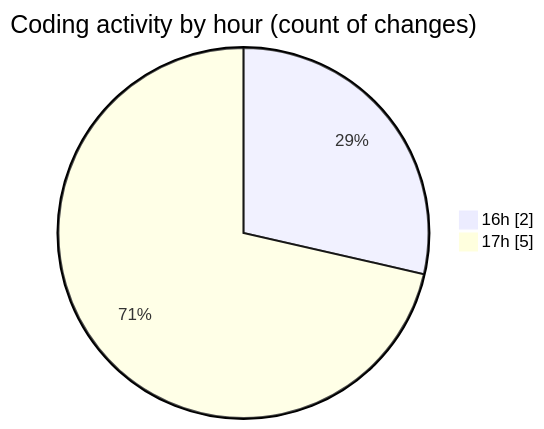
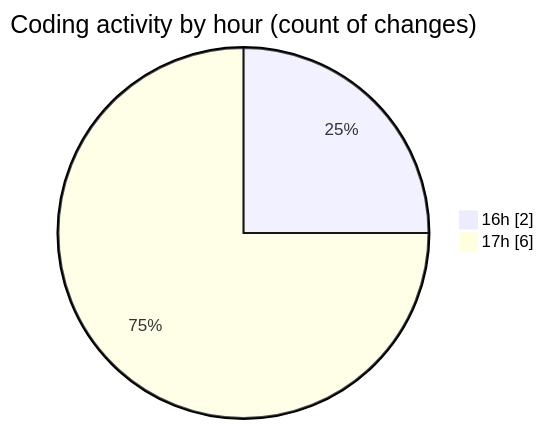
The second of 2 diagrams in 2026-09-07/cilapp/README.md (ricardozamudiocil/code-tracking), drawn with Mermaid before and after one commit. The commit also changed other lines of this file and 1 other file, not shown here.

````diff
--- a/2026-09-07/cilapp/README.md
+++ b/2026-09-07/cilapp/README.md
@@ -29,6 +30,6 @@
 ```mermaid
 pie showData
 title Coding activity by hour (count of changes)
 "16h" : 2
-"17h" : 5
+"17h" : 6
 ```
````
